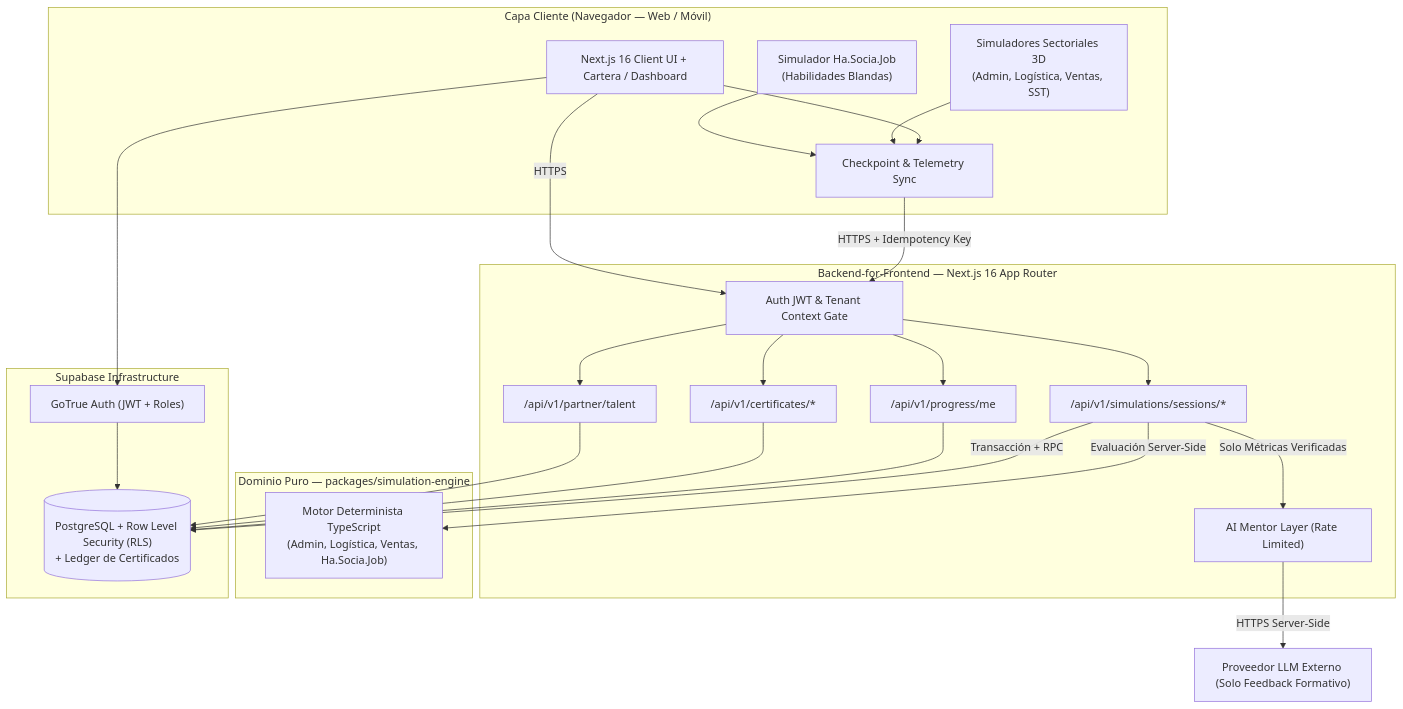
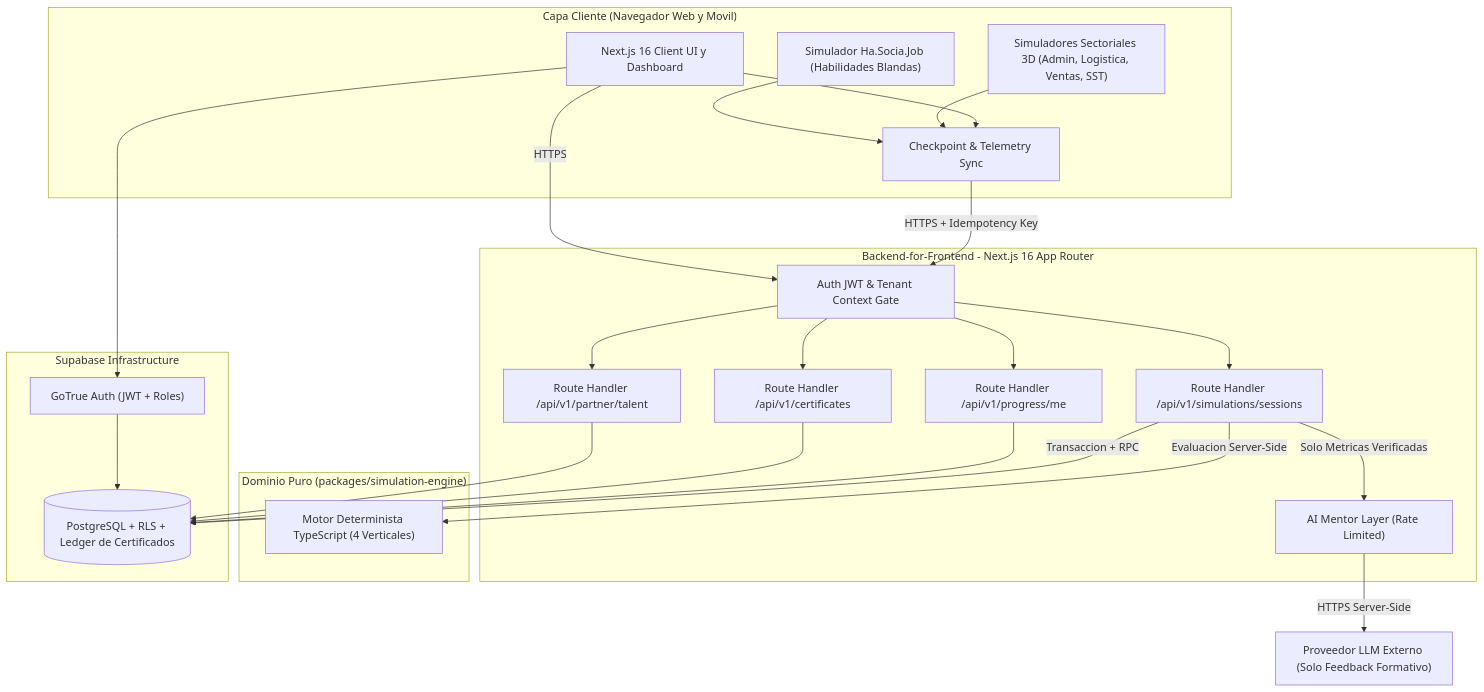
The first of 3 diagrams in README.md (waxmorales/portal-job), drawn with Mermaid before and after one commit. The commit also changed other lines of this file and 3 other files, not shown here.

Commit message:
chore(ci): add GitHub Actions test workflow, extract BUSINESS_CASE.md, and refine README diagrams

````diff
--- a/README.md
+++ b/README.md
@@ -65,48 +47,48 @@
 ```mermaid
 flowchart TB
-    subgraph Client["Capa Cliente (Navegador — Web / Móvil)"]
-        UI["Next.js 16 Client UI + Cartera / Dashboard"]
-        SIM_TECH["Simuladores Sectoriales 3D<br/>(Admin, Logística, Ventas, SST)"]
-        SIM_SOFT["Simulador Ha.Socia.Job<br/>(Habilidades Blandas)"]
+    subgraph Client["Capa Cliente (Navegador Web y Movil)"]
+        UI["Next.js 16 Client UI y Dashboard"]
+        SIM_TECH["Simuladores Sectoriales 3D (Admin, Logistica, Ventas, SST)"]
+        SIM_SOFT["Simulador Ha.Socia.Job (Habilidades Blandas)"]
         SYNC["Checkpoint & Telemetry Sync"]
         UI --> SYNC
         SIM_TECH --> SYNC
         SIM_SOFT --> SYNC
     end
 
-    subgraph BFF["Backend-for-Frontend — Next.js 16 App Router"]
+    subgraph BFF["Backend-for-Frontend - Next.js 16 App Router"]
         MW["Auth JWT & Tenant Context Gate"]
-        API_SESS["/api/v1/simulations/sessions/*"]
-        API_PROG["/api/v1/progress/me"]
-        API_CERT["/api/v1/certificates/*"]
-        API_B2B["/api/v1/partner/talent"]
+        API_SESS["Route Handler /api/v1/simulations/sessions"]
+        API_PROG["Route Handler /api/v1/progress/me"]
+        API_CERT["Route Handler /api/v1/certificates"]
+        API_B2B["Route Handler /api/v1/partner/talent"]
         AI_COACH["AI Mentor Layer (Rate Limited)"]
     end
 
-    subgraph Core["Dominio Puro — packages/simulation-engine"]
-        ENG["Motor Determinista TypeScript<br/>(Admin, Logística, Ventas, Ha.Socia.Job)"]
+    subgraph Core["Dominio Puro (packages/simulation-engine)"]
+        ENG["Motor Determinista TypeScript (4 Verticales)"]
     end
 
     subgraph Data["Supabase Infrastructure"]
         AUTH["GoTrue Auth (JWT + Roles)"]
-        PG[("PostgreSQL + Row Level Security (RLS)<br/>+ Ledger de Certificados")]
+        PG[("PostgreSQL + RLS + Ledger de Certificados")]
     end
 
     LLM["Proveedor LLM Externo (Solo Feedback Formativo)"]
 
     SYNC -->|"HTTPS + Idempotency Key"| MW
     UI -->|"HTTPS"| MW
     MW --> API_SESS
     MW --> API_PROG
     MW --> API_CERT
     MW --> API_B2B
-    API_SESS -->|"Evaluación Server-Side"| ENG
-    API_SESS -->|"Transacción + RPC"| PG
-    API_SESS -->|"Solo Métricas Verificadas"| AI_COACH
+    API_SESS -->|"Evaluacion Server-Side"| ENG
+    API_SESS -->|"Transaccion + RPC"| PG
+    API_SESS -->|"Solo Metricas Verificadas"| AI_COACH
     AI_COACH -->|"HTTPS Server-Side"| LLM
     API_PROG --> PG
     API_CERT --> PG
     API_B2B --> PG
     UI --> AUTH
     AUTH --> PG
 ```
````
